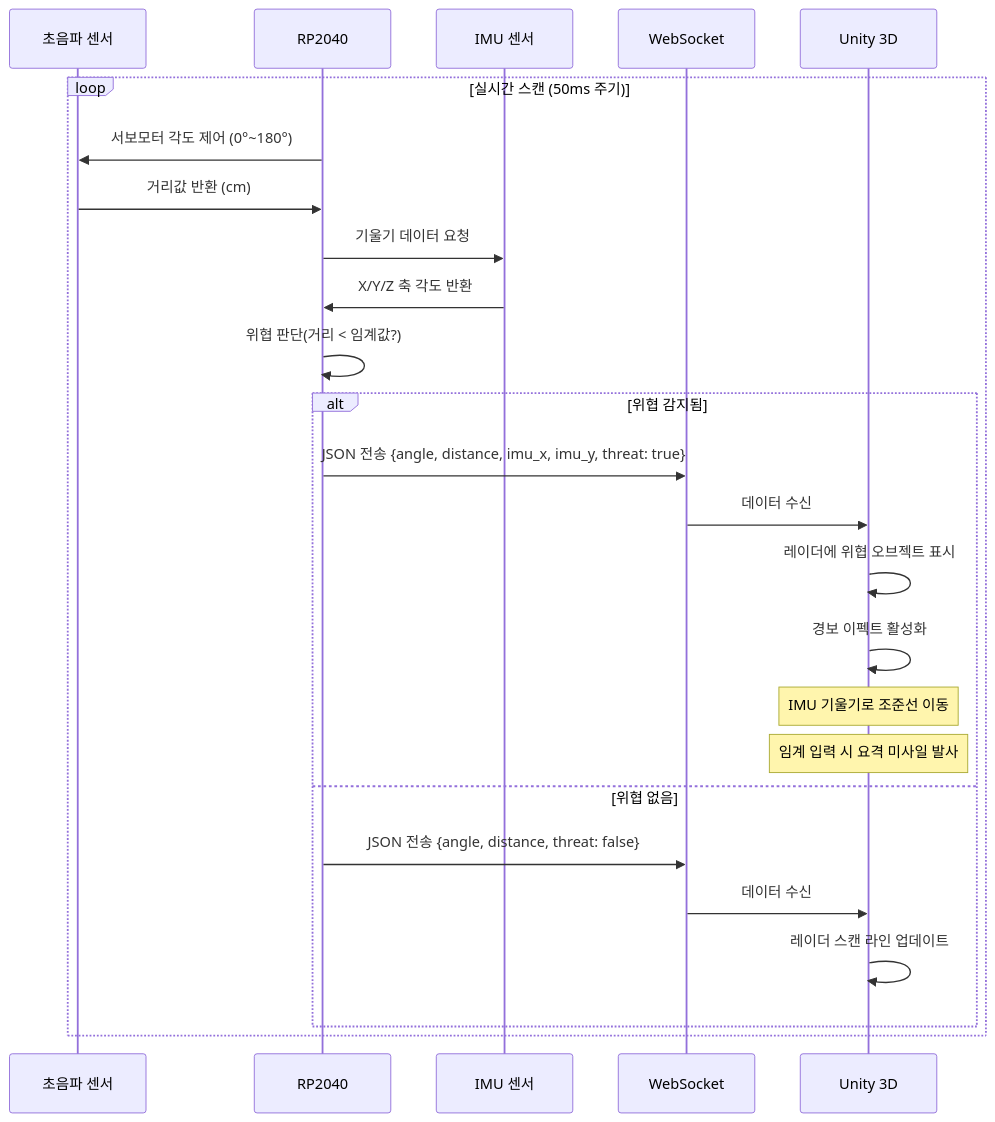
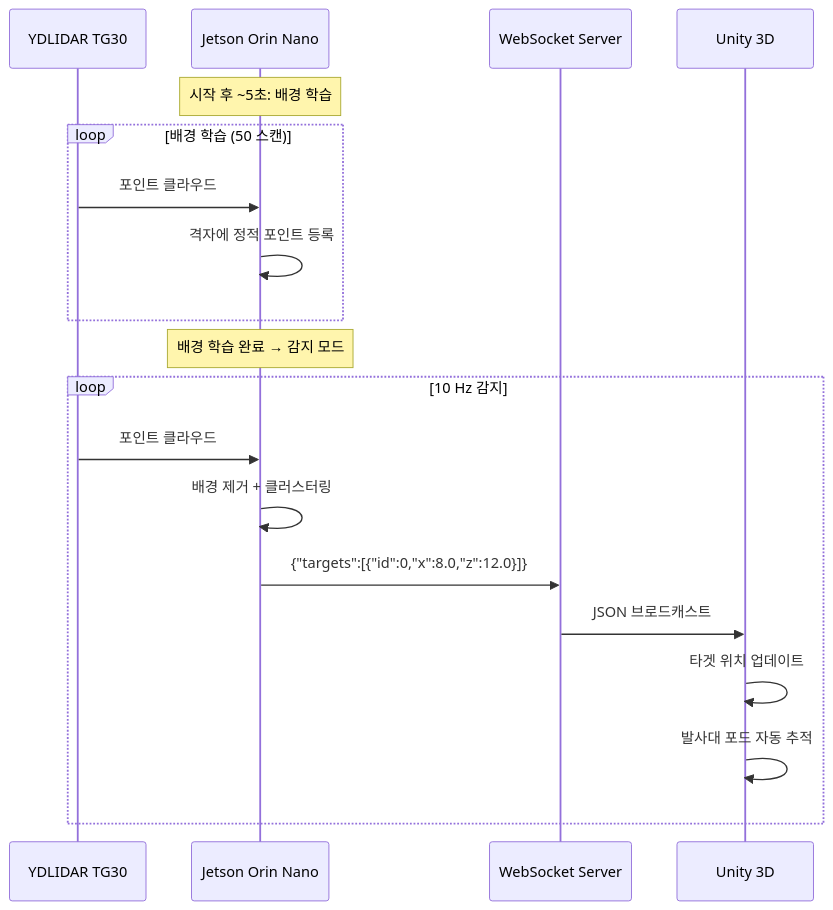
Before and after one commit to changyeon47/3D-Air-Defense-Radar: the fourth of 6 diagrams in README.md, drawn with Mermaid. The commit also changed other lines of this file and 5 other files, not shown here.

````diff
--- a/README.md
+++ b/README.md
@@ -70,29 +123,23 @@
 ```mermaid
 sequenceDiagram
-    participant US as 초음파 센서
-    participant RP as RP2040
-    participant IMU as IMU 센서
-    participant WS as WebSocket
+    participant LiDAR as YDLIDAR TG30
+    participant Jetson as Jetson Orin Nano
+    participant WS as WebSocket Server
     participant Unity as Unity 3D
 
-    loop 실시간 스캔 (50ms 주기)
-        RP->>US: 서보모터 각도 제어 (0°~180°)
-        US->>RP: 거리값 반환 (cm)
-        RP->>IMU: 기울기 데이터 요청
-        IMU->>RP: X/Y/Z 축 각도 반환
-        RP->>RP: 위협 판단(거리 < 임계값?)
+    Note over Jetson: 시작 후 ~5초: 배경 학습
+    loop 배경 학습 (50 스캔)
+        LiDAR->>Jetson: 포인트 클라우드
+        Jetson->>Jetson: 격자에 정적 포인트 등록
+    end
 
-        alt 위협 감지됨
-            RP->>WS: JSON 전송 {angle, distance, imu_x, imu_y, threat: true}
-            WS->>Unity: 데이터 수신
-            Unity->>Unity: 레이더에 위협 오브젝트 표시
-            Unity->>Unity: 경보 이펙트 활성화
-            Note over Unity: IMU 기울기로 조준선 이동
-            Note over Unity: 임계 입력 시 요격 미사일 발사
-        else 위협 없음
-            RP->>WS: JSON 전송 {angle, distance, threat: false}
-            WS->>Unity: 데이터 수신
-            Unity->>Unity: 레이더 스캔 라인 업데이트
-        end
+    Note over Jetson: 배경 학습 완료 → 감지 모드
+    loop 10 Hz 감지
+        LiDAR->>Jetson: 포인트 클라우드
+        Jetson->>Jetson: 배경 제거 + 클러스터링
+        Jetson->>WS: {"targets":[{"id":0,"x":8.0,"z":12.0}]}
+        WS->>Unity: JSON 브로드캐스트
+        Unity->>Unity: 타겟 위치 업데이트
+        Unity->>Unity: 발사대 포드 자동 추적
     end
 ```
````
